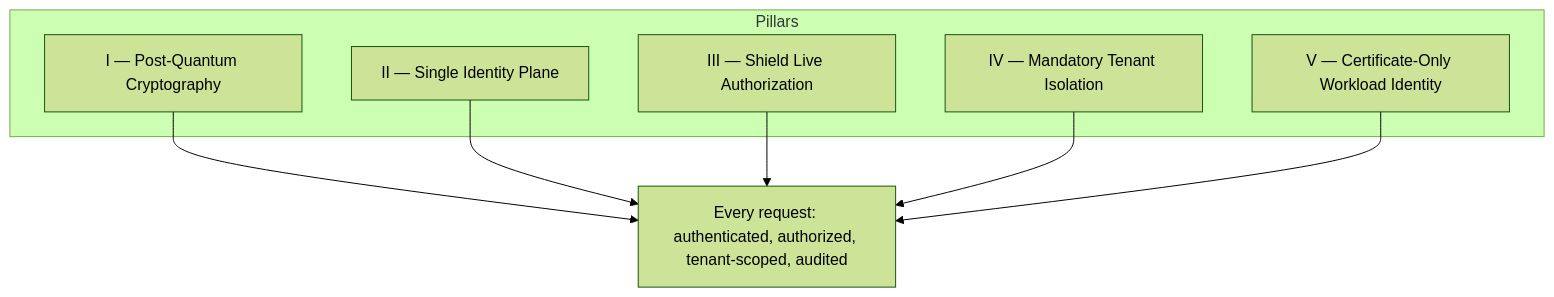
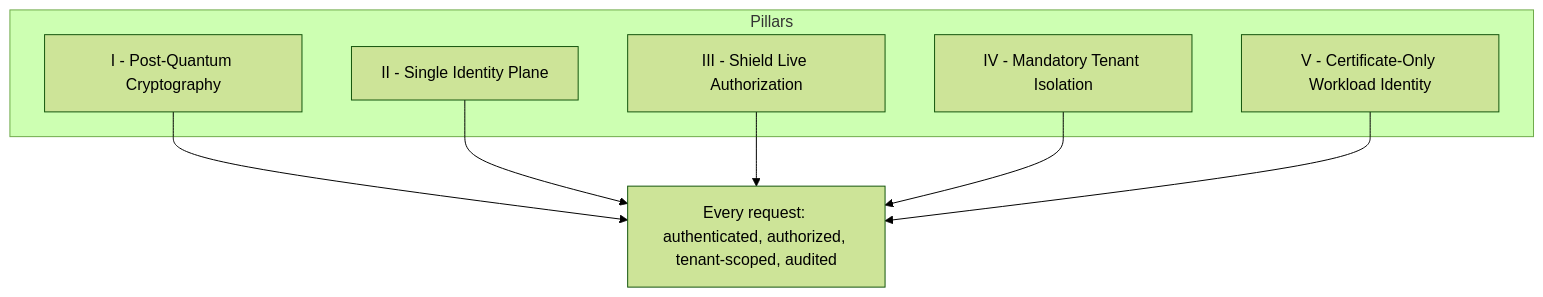
One commit to Sentin8/sentin8-site changed the first of 2 diagrams in docs/security/index.md. Above: the diagram before and after it, drawn with Mermaid (forest theme). The commit also changed other lines of this file and 105 other files, not shown here.

````diff
--- a/docs/security/index.md
+++ b/docs/security/index.md
@@ -70,11 +70,11 @@
 ```mermaid
 graph TD
     subgraph Pillars
-        P1["I — Post-Quantum Cryptography"]
-        P2["II — Single Identity Plane"]
-        P3["III — Shield Live Authorization"]
-        P4["IV — Mandatory Tenant Isolation"]
-        P5["V — Certificate-Only Workload Identity"]
+        P1["I - Post-Quantum Cryptography"]
+        P2["II - Single Identity Plane"]
+        P3["III - Shield Live Authorization"]
+        P4["IV - Mandatory Tenant Isolation"]
+        P5["V - Certificate-Only Workload Identity"]
     end
     P1 & P2 & P3 & P4 & P5 --> E["Every request: authenticated, authorized, tenant-scoped, audited"]
 ```
````
